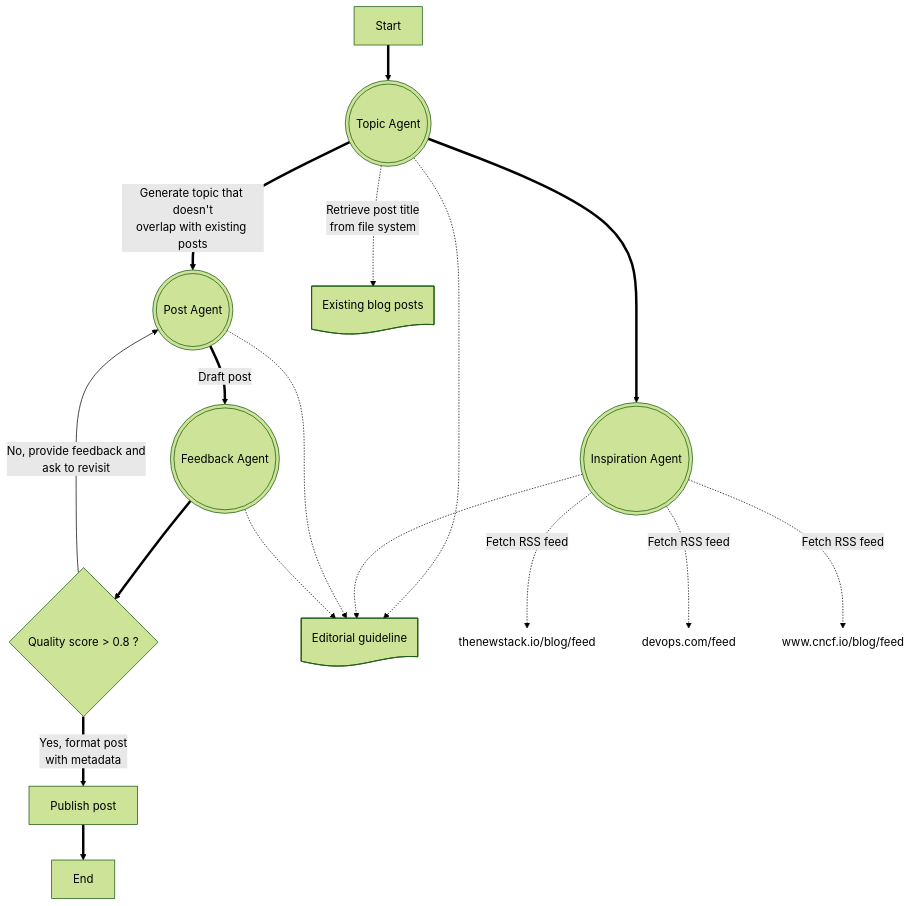
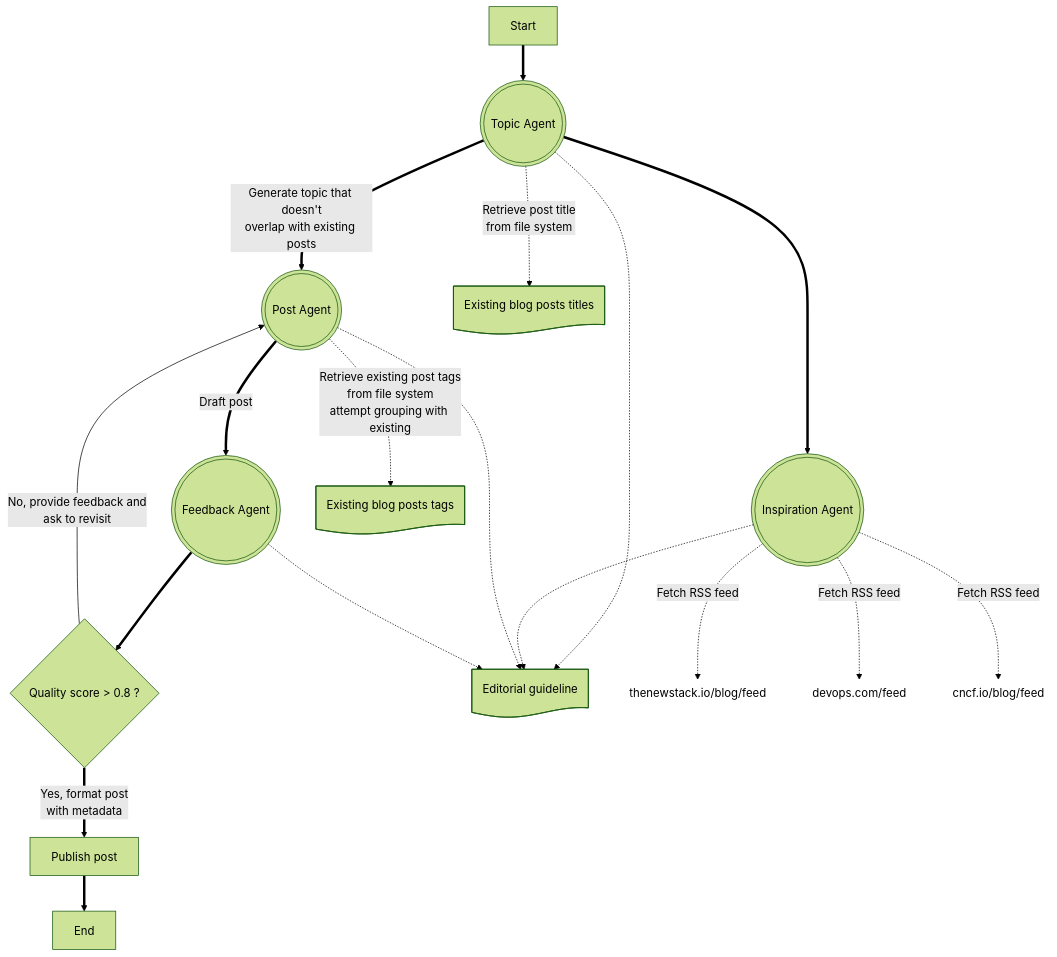
One commit to etiennetremel/ai-generated-blog changed the diagram in README.md. Above: the diagram before and after it, drawn with Mermaid (forest theme). The commit also changed other lines of this file and 6 other files, not shown here.

Commit message:
feat: when possible re-use existing tags

````diff
--- a/README.md
+++ b/README.md
@@ -19,33 +19,35 @@
 ```mermaid
 flowchart TD
     Start[Start]
     Topic(((Topic Agent)))
     Inspiration(((Inspiration Agent)))
     Post(((Post Agent)))
     Feedback(((Feedback Agent)))
     QualityCondition{Quality score > 0.8 ?}
     EditorialGuideline@{ shape: doc, label: "Editorial guideline" }
     Publish[Publish post]
     End[End]
-    ExistingBlogPosts@{ shape: doc, label: "Existing blog posts" }
+    ExistingBlogPostsTitles@{ shape: doc, label: "Existing blog posts titles" }
+    ExistingBlogPostsTags@{ shape: doc, label: "Existing blog posts tags" }
     TNS@{ shape: text, label: "thenewstack.io/blog/feed"}
     DO@{ shape: text, label: "devops.com/feed"}
-    CNCF@{ shape: text, label: "www.cncf.io/blog/feed"}
+    CNCF@{ shape: text, label: "cncf.io/blog/feed"}
 
     Start ==> Topic
     Topic -.-> EditorialGuideline
-    Topic -. Retrieve post title<br>from file system .-> ExistingBlogPosts
+    Topic -. Retrieve post title<br>from file system .-> ExistingBlogPostsTitles
     Topic ==> Inspiration
     Inspiration -.-> EditorialGuideline
     Inspiration -. Fetch RSS feed .-> TNS
     Inspiration -. Fetch RSS feed .-> DO
     Inspiration -. Fetch RSS feed .-> CNCF
     Topic == Generate topic that doesn't<br>overlap with existing posts ==> Post
     Post == Draft post ==> Feedback
     Post -.-> EditorialGuideline
+    Post -. Retrieve existing post tags<br>from file system<br>attempt grouping with existing .-> ExistingBlogPostsTags
     Feedback -.-> EditorialGuideline
     Feedback ==> QualityCondition
     QualityCondition == Yes, format post<br>with metadata ==> Publish
     QualityCondition -- No, provide feedback and<br>ask to revisit --> Post
     Publish ==> End
 ```
````
